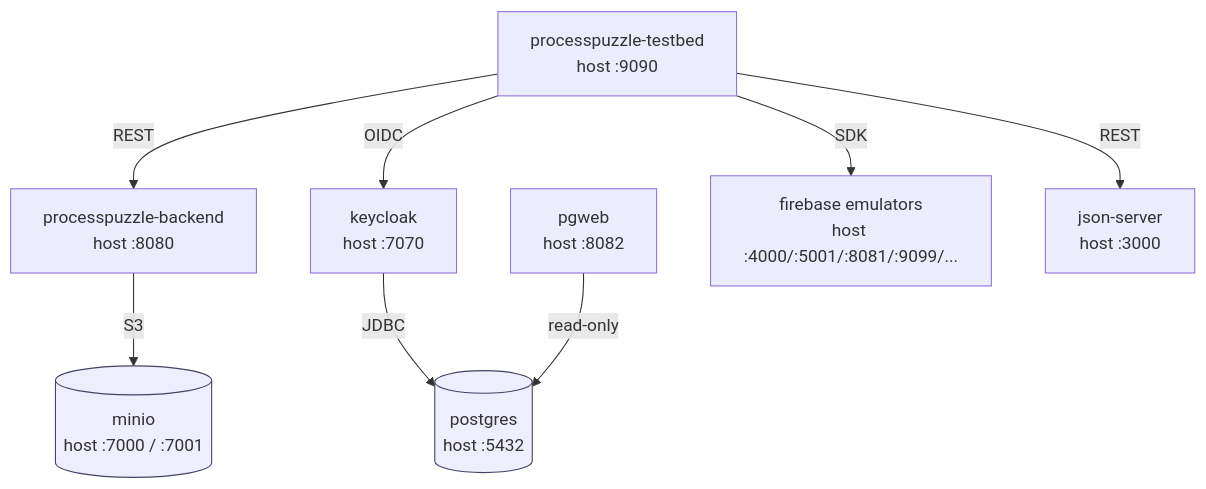
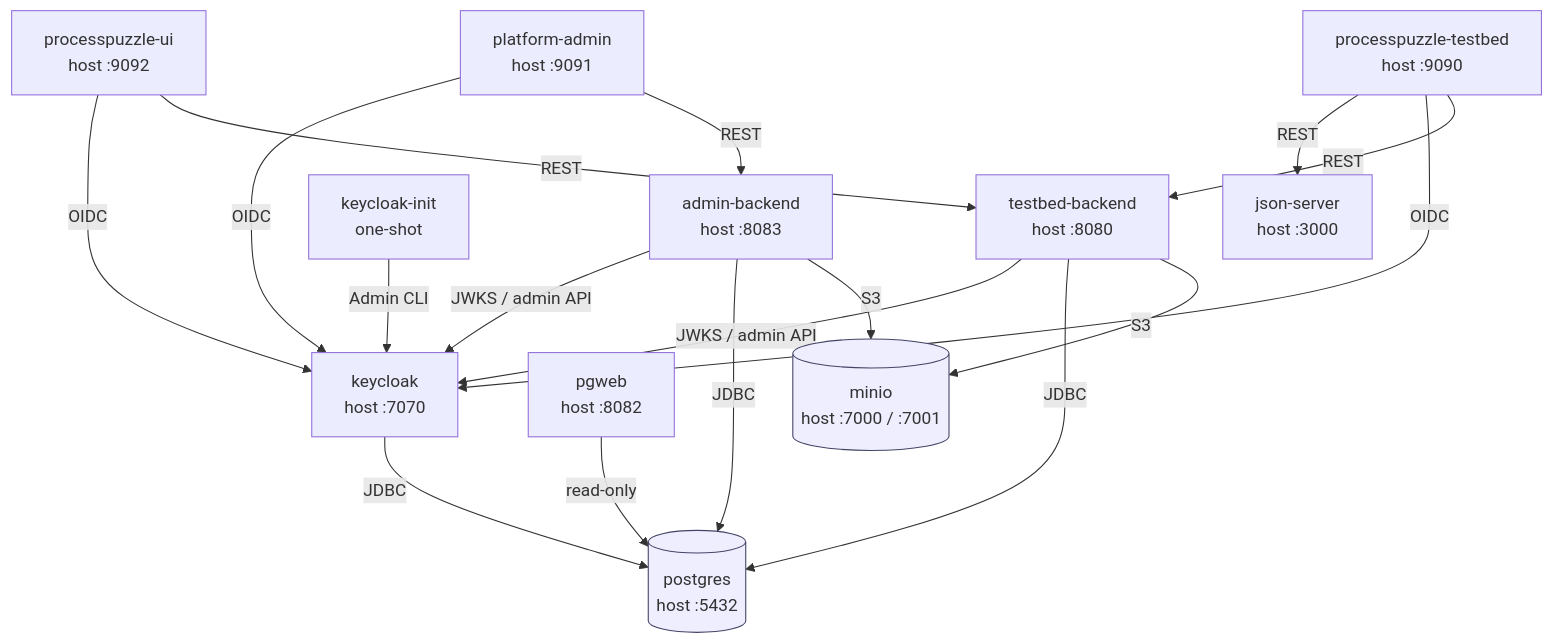
The diagram in tools/README.md (ZsZs/processpuzzle), drawn with Mermaid before and after one commit. The commit also changed other lines of this file and 483 other files, not shown here.

Commit message:
feature(org-admin/platform-admin): Implement org-admin, platform-admin libraries and applications.

````diff
--- a/tools/README.md
+++ b/tools/README.md
@@ -43,23 +50,35 @@
 ```mermaid
 graph TD
     testbed[processpuzzle-testbed<br/>host :9090]
-    backend[processpuzzle-backend<br/>host :8080]
+    admin[platform-admin<br/>host :9091]
+    ui[processpuzzle-ui<br/>host :9092]
+    tbackend[testbed-backend<br/>host :8080]
+    abackend[admin-backend<br/>host :8083]
     keycloak[keycloak<br/>host :7070]
+    kcinit[keycloak-init<br/>one-shot]
     postgres[(postgres<br/>host :5432)]
     pgweb[pgweb<br/>host :8082]
     minio[(minio<br/>host :7000 / :7001)]
-    firebase[firebase emulators<br/>host :4000/:5001/:8081/:9099/...]
     jsonserver[json-server<br/>host :3000]
 
-    testbed -- REST --> backend
+    testbed -- REST --> tbackend
     testbed -- OIDC --> keycloak
     testbed -- REST --> jsonserver
-    testbed -- SDK --> firebase
+    admin -- REST --> abackend
+    admin -- OIDC --> keycloak
+    ui -- REST --> tbackend
+    ui -- OIDC --> keycloak
 
-    backend -- S3 --> minio
+    tbackend -- S3 --> minio
+    tbackend -- JDBC --> postgres
+    tbackend -- "JWKS / admin API" --> keycloak
+    abackend -- S3 --> minio
+    abackend -- JDBC --> postgres
+    abackend -- "JWKS / admin API" --> keycloak
+    kcinit -- "Admin CLI" --> keycloak
     keycloak -- JDBC --> postgres
     pgweb -- read-only --> postgres
 
     classDef store fill:#eef,stroke:#446
     class postgres,minio store
 ```
````
